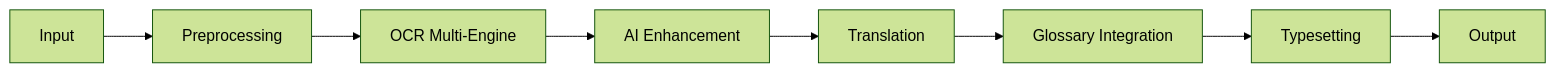
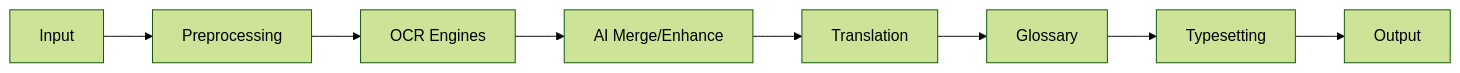
The second of 3 diagrams in README.md (irazawa/Manga-OCR), drawn with Mermaid (forest theme) before and after one commit. The commit also changed other lines of this file, not shown here.

````diff
--- a/README.md
+++ b/README.md
@@ -48,4 +101,4 @@
 ```mermaid
 flowchart LR
-    A[Input] --> B[Preprocessing] --> C[OCR Multi-Engine] --> D[AI Enhancement] --> E[Translation] --> F[Glossary Integration] --> G[Typesetting] --> H[Output]
+  A[Input] --> B[Preprocessing] --> C[OCR Engines] --> D[AI Merge/Enhance] --> E[Translation] --> F[Glossary] --> G[Typesetting] --> H[Output]
 ```
````
